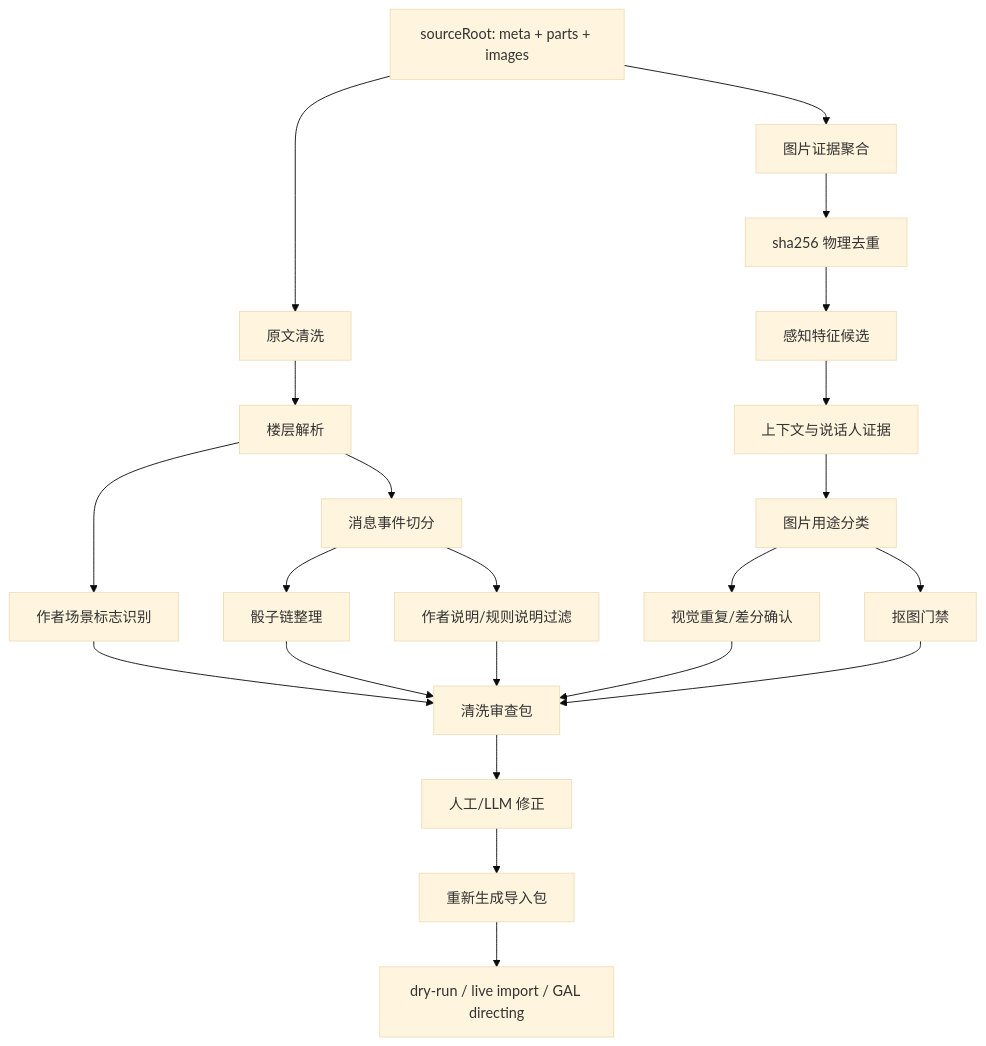
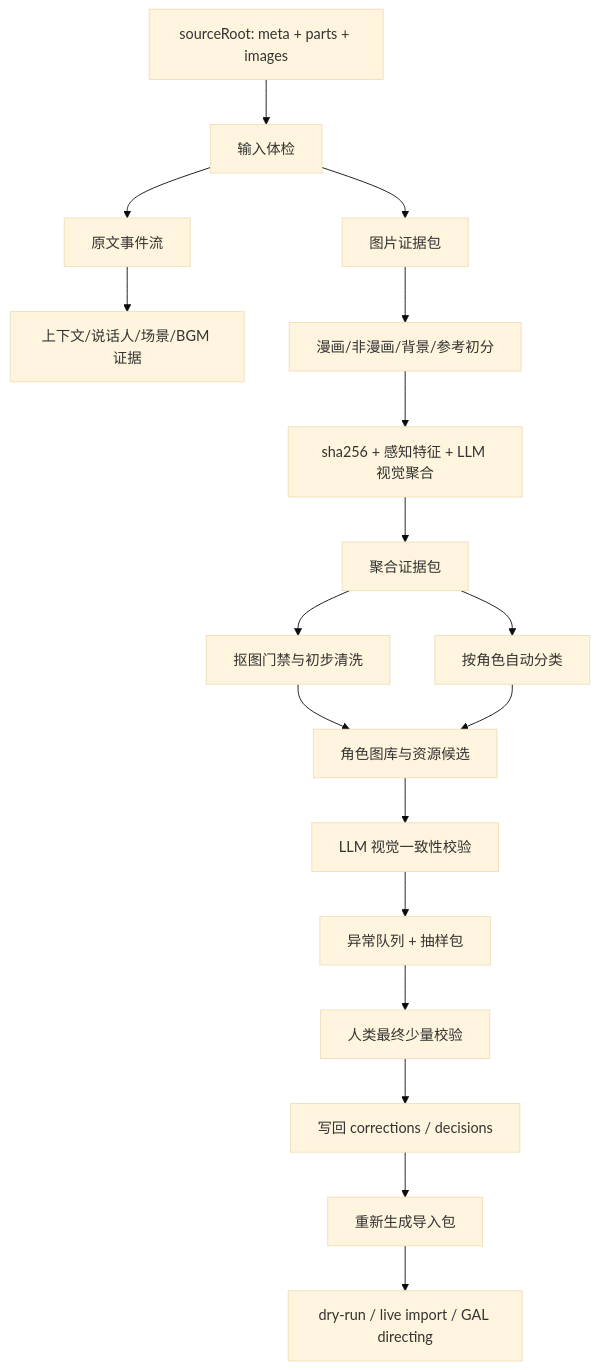
Before and after one commit to starrybamboo/tuan-chat-web: the first of 14 diagrams in docs/reference/gululu-replay-data-cleaning-review.md, drawn with Mermaid (base theme). The commit also changed other lines of this file, not shown here.

````diff
--- a/docs/reference/gululu-replay-data-cleaning-review.md
+++ b/docs/reference/gululu-replay-data-cleaning-review.md
@@ -38,28 +41,20 @@
 ```mermaid
 flowchart TD
-  A["sourceRoot: meta + parts + images"] --> B["原文清洗"]
-  A --> C["图片证据聚合"]
-
-  B --> B1["楼层解析"]
-  B1 --> B2["作者场景标志识别"]
-  B1 --> B3["消息事件切分"]
-  B3 --> B4["骰子链整理"]
-  B3 --> B5["作者说明/规则说明过滤"]
-
-  C --> C1["sha256 物理去重"]
-  C1 --> C2["感知特征候选"]
-  C2 --> C3["上下文与说话人证据"]
-  C3 --> C4["图片用途分类"]
-  C4 --> C5["视觉重复/差分确认"]
-  C4 --> C6["抠图门禁"]
-
-  B2 --> D["清洗审查包"]
-  B4 --> D
-  B5 --> D
-  C5 --> D
-  C6 --> D
-
-  D --> E["人工/LLM 修正"]
-  E --> F["重新生成导入包"]
-  F --> G["dry-run / live import / GAL directing"]
+  A["sourceRoot: meta + parts + images"] --> B["输入体检"]
+  B --> C["原文事件流"]
+  B --> D["图片证据包"]
+  C --> E["上下文/说话人/场景/BGM 证据"]
+  D --> F["漫画/非漫画/背景/参考初分"]
+  F --> G["sha256 + 感知特征 + LLM 视觉聚合"]
+  G --> H["聚合证据包"]
+  H --> I["抠图门禁与初步清洗"]
+  H --> J["按角色自动分类"]
+  I --> K["角色图库与资源候选"]
+  J --> K
+  K --> L["LLM 视觉一致性校验"]
+  L --> M["异常队列 + 抽样包"]
+  M --> N["人类最终少量校验"]
+  N --> O["写回 corrections / decisions"]
+  O --> P["重新生成导入包"]
+  P --> Q["dry-run / live import / GAL directing"]
 ```
````
